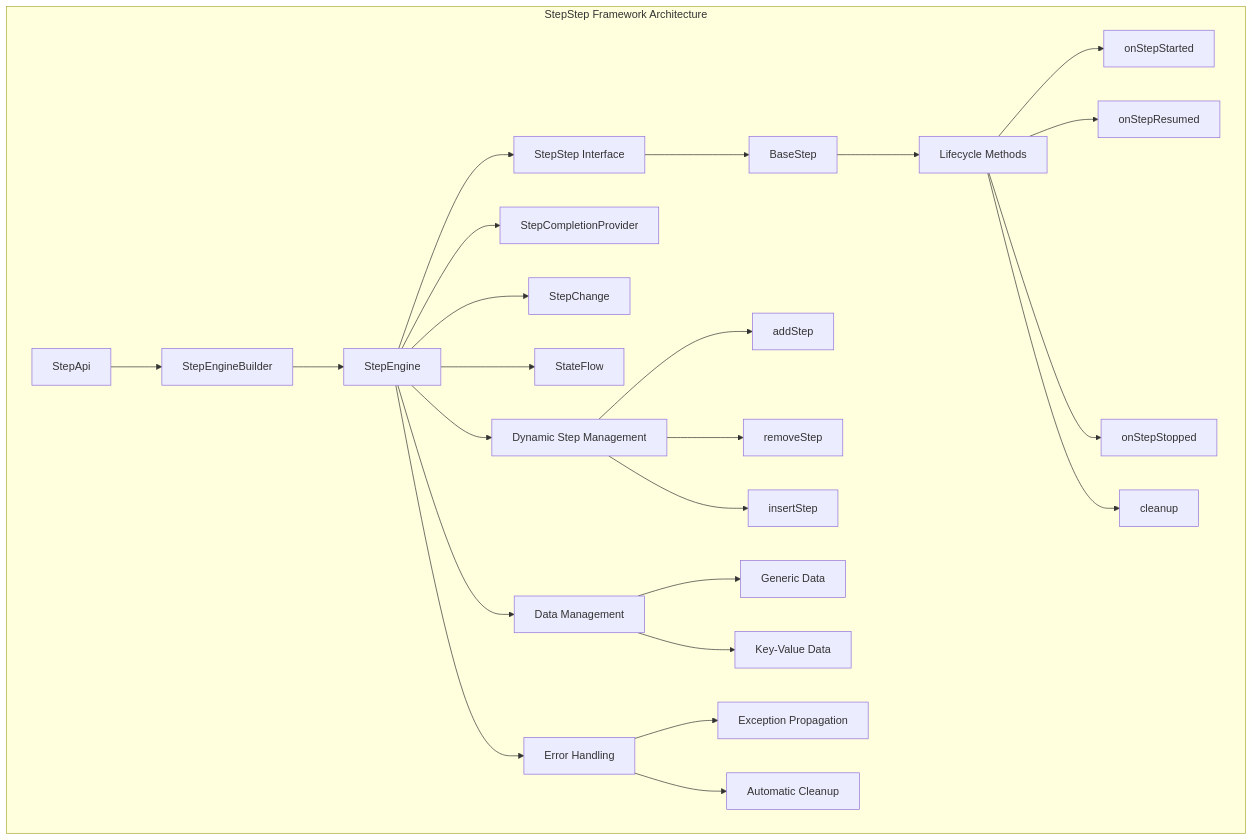
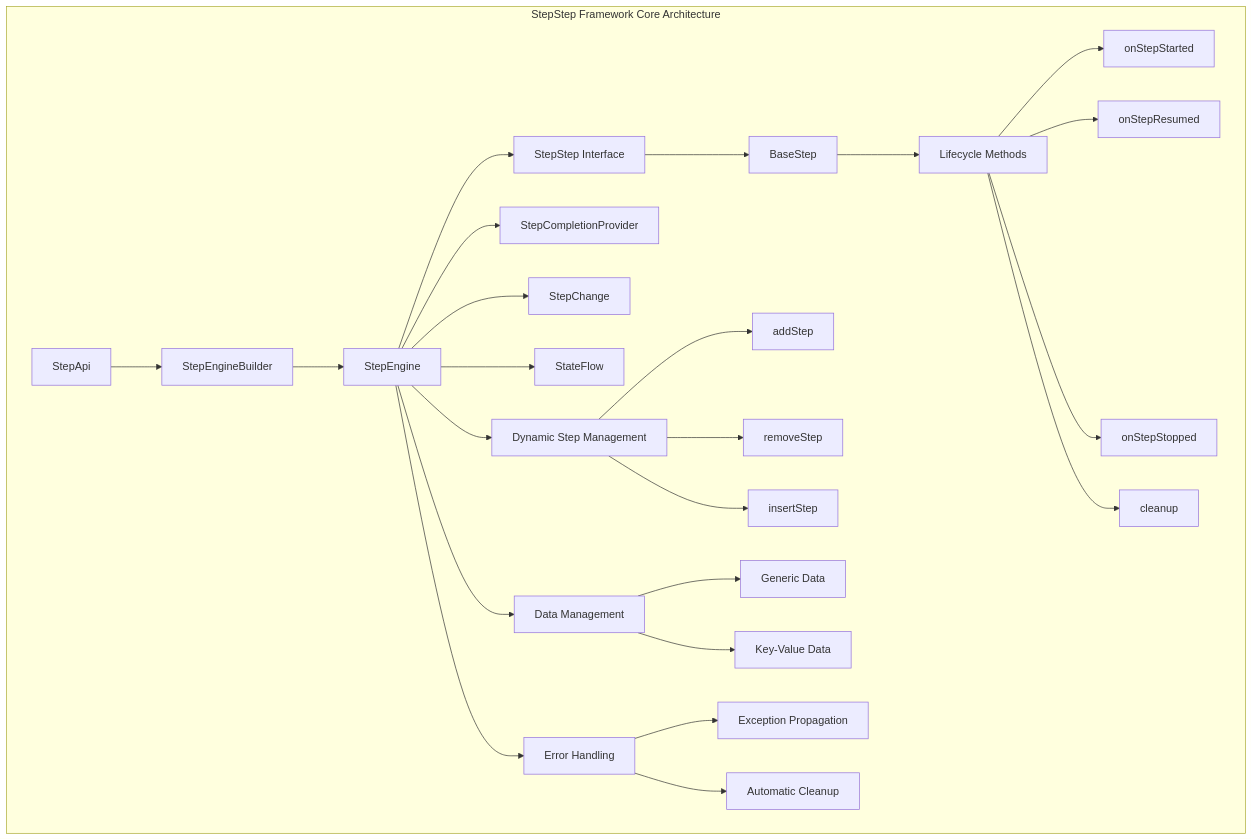
One commit to 5Gene/StepStep changed the first of 2 diagrams in README.md. Above: the diagram before and after it, drawn with Mermaid. The commit also changed other lines of this file and 48 other files, not shown here.

````diff
--- a/README.md
+++ b/README.md
@@ -7,32 +9,32 @@
 ```mermaid
 graph TB
-    subgraph "StepStep Framework Architecture"
+    subgraph "StepStep Framework Core Architecture"
         A[StepApi] --> B[StepEngineBuilder]
         B --> C[StepEngine]
         C --> D[StepStep Interface]
         D --> E[BaseStep]
         
         C --> F[StepCompletionProvider]
         C --> G[StepChange]
         C --> H[StateFlow]
         
         E --> I[Lifecycle Methods]
         I --> J[onStepStarted]
         I --> K[onStepResumed]
         I --> L[onStepStopped]
         I --> M[cleanup]
         
         C --> N[Dynamic Step Management]
         N --> O[addStep]
         N --> P[removeStep]
         N --> Q[insertStep]
         
         C --> R[Data Management]
         R --> S[Generic Data]
         R --> T[Key-Value Data]
         
         C --> U[Error Handling]
         U --> V[Exception Propagation]
         U --> W[Automatic Cleanup]
     end
 ```
````
